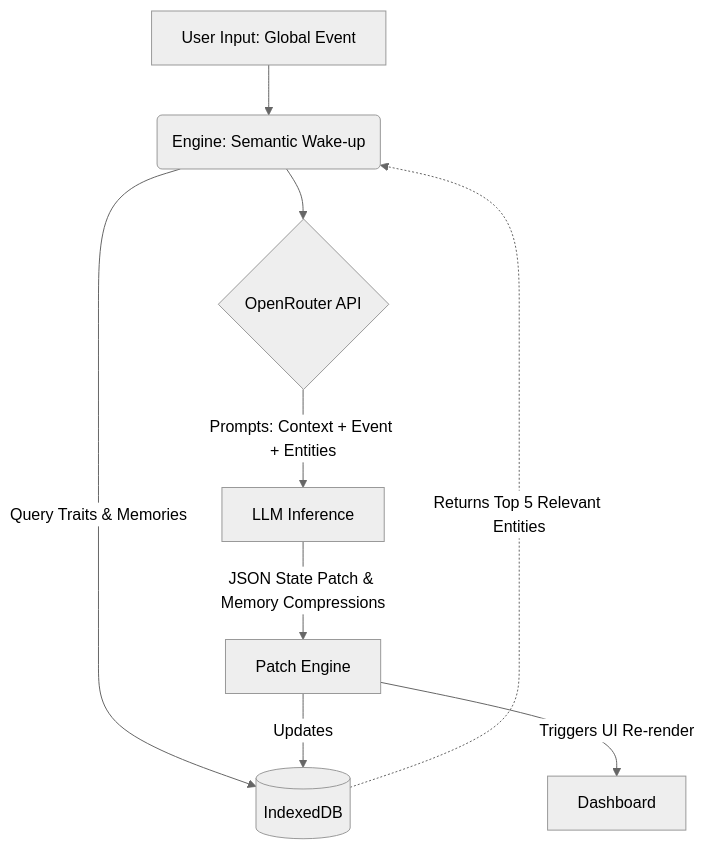
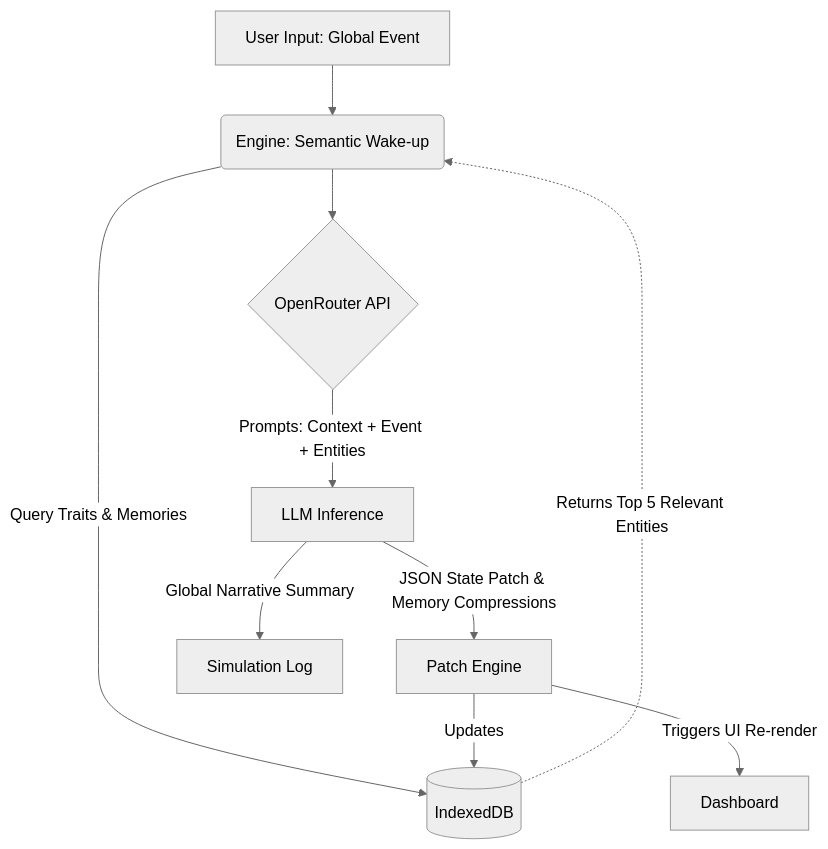
The diagram in README.md (juggperc/kirinbyte), drawn with Mermaid (neutral theme) before and after one commit. The commit also changed other lines of this file and 3 other files, not shown here.

````diff
--- a/README.md
+++ b/README.md
@@ -24,11 +24,12 @@
 ```mermaid
 graph TD;
     A[User Input: Global Event] --> B(Engine: Semantic Wake-up);
     B -->|Query Traits & Memories| C[(IndexedDB)];
     C -.->|Returns Top 5 Relevant Entities| B;
     B --> D{OpenRouter API};
     D -->|Prompts: Context + Event + Entities| E[LLM Inference];
     E -->|JSON State Patch & Memory Compressions| F[Patch Engine];
+    E -->|Global Narrative Summary| H[Simulation Log];
     F -->|Updates| C;
     F -->|Triggers UI Re-render| G[Dashboard];
 ```
````
